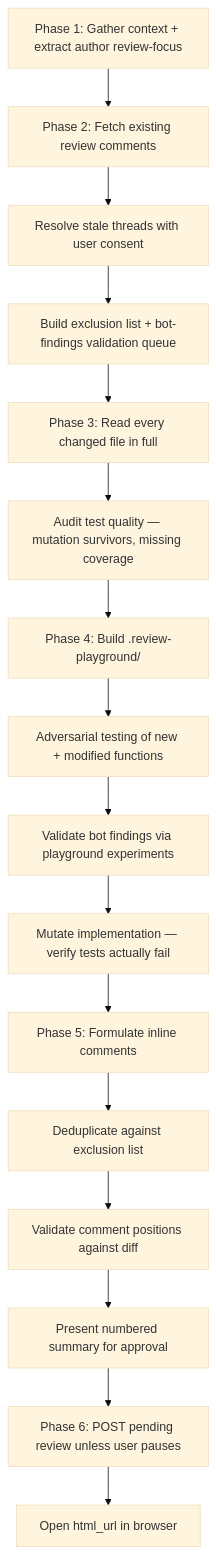
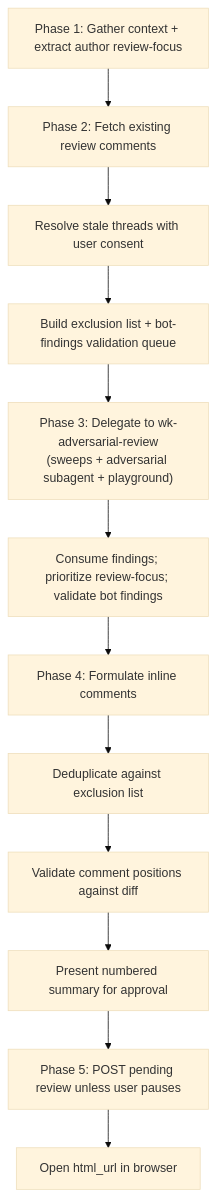
One commit to whizzzkid/skills changed the diagram in skills/pr-review/README.md. Above: the diagram before and after it, drawn with Mermaid (base theme). The commit also changed other lines of this file and 14 other files, not shown here.

First line of the commit message:
refactor(pr-review): ♻️ delegate investigation to wk-adversarial-review

````diff
--- a/skills/pr-review/README.md
+++ b/skills/pr-review/README.md
@@ -17,18 +18,14 @@
 ```mermaid
 flowchart TD
     A[Phase 1: Gather context + extract author review-focus] --> B[Phase 2: Fetch existing review comments]
     B --> C[Resolve stale threads with user consent]
     C --> D[Build exclusion list + bot-findings validation queue]
-    D --> E[Phase 3: Read every changed file in full]
-    E --> F[Audit test quality — mutation survivors, missing coverage]
-    F --> G[Phase 4: Build .review-playground/]
-    G --> H[Adversarial testing of new + modified functions]
-    H --> I[Validate bot findings via playground experiments]
-    I --> J[Mutate implementation — verify tests actually fail]
-    J --> K[Phase 5: Formulate inline comments]
-    K --> L[Deduplicate against exclusion list]
-    L --> M[Validate comment positions against diff]
-    M --> N[Present numbered summary for approval]
-    N --> O[Phase 6: POST pending review unless user pauses]
-    O --> P[Open html_url in browser]
+    D --> E["Phase 3: Delegate to wk-adversarial-review<br/>(sweeps + adversarial subagent + playground)"]
+    E --> F[Consume findings; prioritize review-focus; validate bot findings]
+    F --> G[Phase 4: Formulate inline comments]
+    G --> H[Deduplicate against exclusion list]
+    H --> I[Validate comment positions against diff]
+    I --> J[Present numbered summary for approval]
+    J --> K[Phase 5: POST pending review unless user pauses]
+    K --> L[Open html_url in browser]
 ```
````
